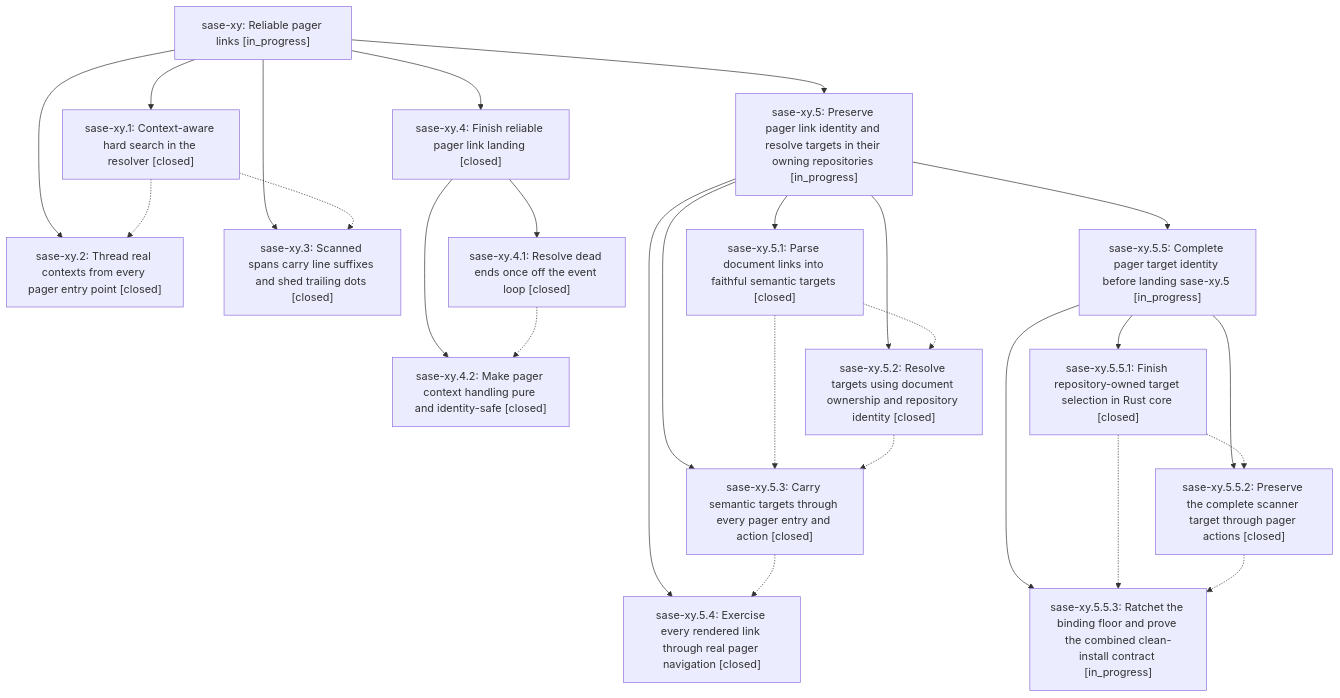
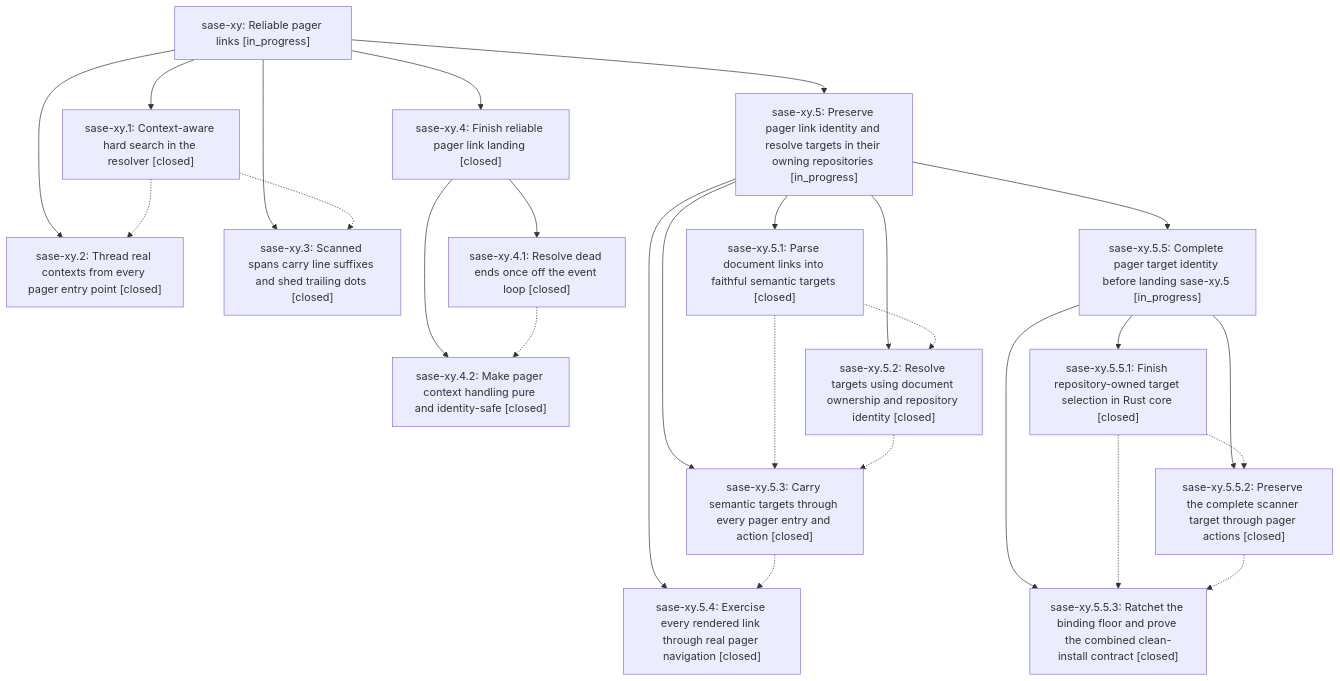
Before and after one commit to sase-org/sase--beads: the diagram in pages/sase-xy/README.md, drawn with Mermaid. The commit also changed other lines of this file and 3 other files, not shown here.

````diff
--- a/pages/sase-xy/README.md
+++ b/pages/sase-xy/README.md
@@ -42,44 +42,44 @@
 ```mermaid
 flowchart TD
     n0["sase-xy: Reliable pager links [in_progress]"]
     n1["sase-xy.1: Context-aware hard search in the resolver [closed]"]
     n2["sase-xy.2: Thread real contexts from every pager entry point [closed]"]
     n3["sase-xy.3: Scanned spans carry line suffixes and shed trailing dots [closed]"]
     n4["sase-xy.4: Finish reliable pager link landing [closed]"]
     n5["sase-xy.4.1: Resolve dead ends once off the event loop [closed]"]
     n6["sase-xy.4.2: Make pager context handling pure and identity-safe [closed]"]
     n7["sase-xy.5: Preserve pager link identity and resolve targets in their owning repositories [in_progress]"]
     n8["sase-xy.5.1: Parse document links into faithful semantic targets [closed]"]
     n9["sase-xy.5.2: Resolve targets using document ownership and repository identity [closed]"]
     n10["sase-xy.5.3: Carry semantic targets through every pager entry and action [closed]"]
     n11["sase-xy.5.4: Exercise every rendered link through real pager navigation [closed]"]
     n12["sase-xy.5.5: Complete pager target identity before landing sase-xy.5 [in_progress]"]
     n13["sase-xy.5.5.1: Finish repository-owned target selection in Rust core [closed]"]
     n14["sase-xy.5.5.2: Preserve the complete scanner target through pager actions [closed]"]
-    n15["sase-xy.5.5.3: Ratchet the binding floor and prove the combined clean-install contract [in_progress]"]
+    n15["sase-xy.5.5.3: Ratchet the binding floor and prove the combined clean-install contract [closed]"]
     n0 --> n1
     n0 --> n2
     n0 --> n3
     n0 --> n4
     n4 --> n5
     n4 --> n6
     n0 --> n7
     n7 --> n8
     n7 --> n9
     n7 --> n10
     n7 --> n11
     n7 --> n12
     n12 --> n13
     n12 --> n14
     n12 --> n15
     n1 -.-> n2
     n1 -.-> n3
     n5 -.-> n6
     n8 -.-> n9
     n8 -.-> n10
     n9 -.-> n10
     n10 -.-> n11
     n13 -.-> n14
     n13 -.-> n15
     n14 -.-> n15
 ```
````
